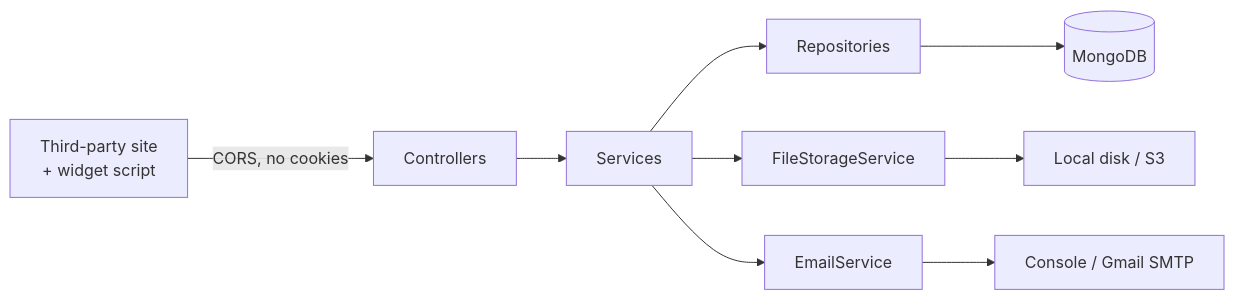
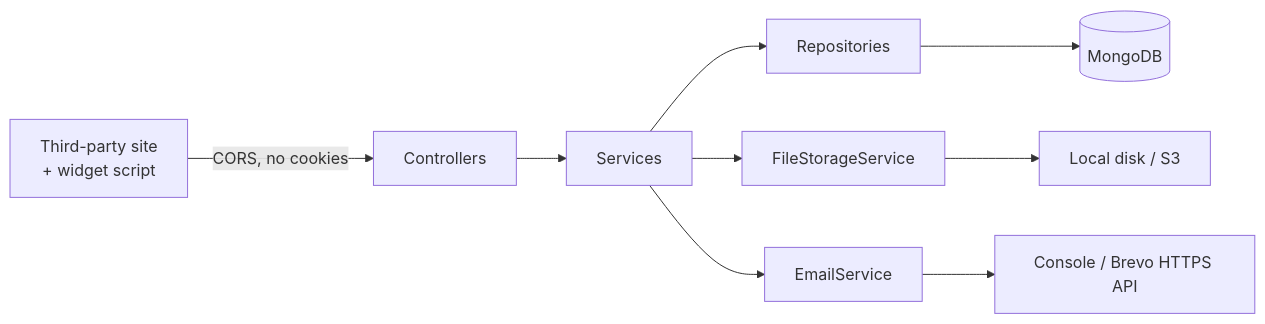
One commit to Rohits1402/gimme-comments-server changed the diagram in README.md. Above: the diagram before and after it, drawn with Mermaid. The commit also changed other lines of this file, not shown here.

Commit message:
Update README for the Brevo email transport (#13)

````diff
--- a/README.md
+++ b/README.md
@@ -93,11 +96,11 @@
 ```mermaid
 flowchart LR
     W[Third-party site<br/>+ widget script] -->|CORS, no cookies| C[Controllers]
     C --> S[Services]
     S --> R[Repositories]
     R --> M[(MongoDB)]
     S --> F[FileStorageService]
     F --> D[Local disk / S3]
     S --> E[EmailService]
-    E --> G[Console / Gmail SMTP]
+    E --> G[Console / Brevo HTTPS API]
 ```
````
